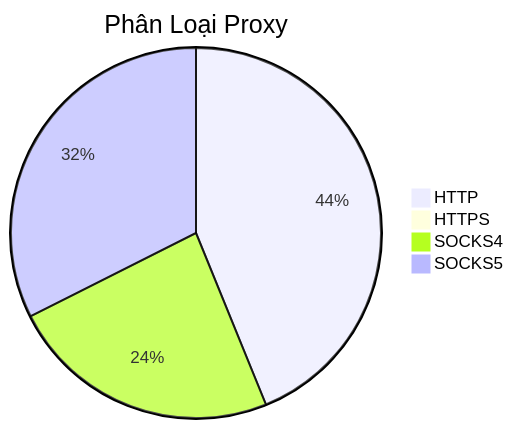
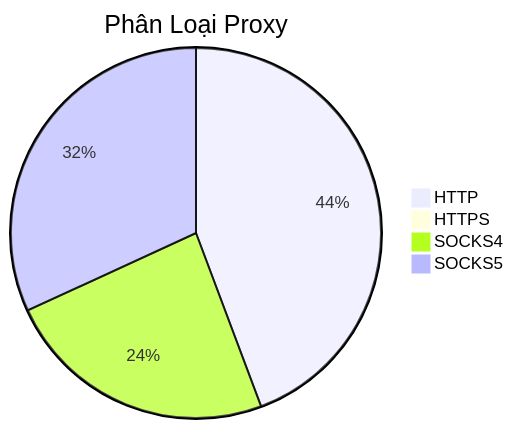
One commit to Ciara-12/PROXY-free changed the diagram in README.md. Above: the diagram before and after it, drawn with Mermaid. The commit also changed other lines of this file and 3 other files, not shown here.

````diff
--- a/README.md
+++ b/README.md
@@ -26,7 +26,7 @@
 ```mermaid
 pie title Phân Loại Proxy
-    "HTTP" : 587
+    "HTTP" : 620
     "HTTPS" : 0
-    "SOCKS4" : 318
-    "SOCKS5" : 434
+    "SOCKS4" : 334
+    "SOCKS5" : 446
 ```
````
